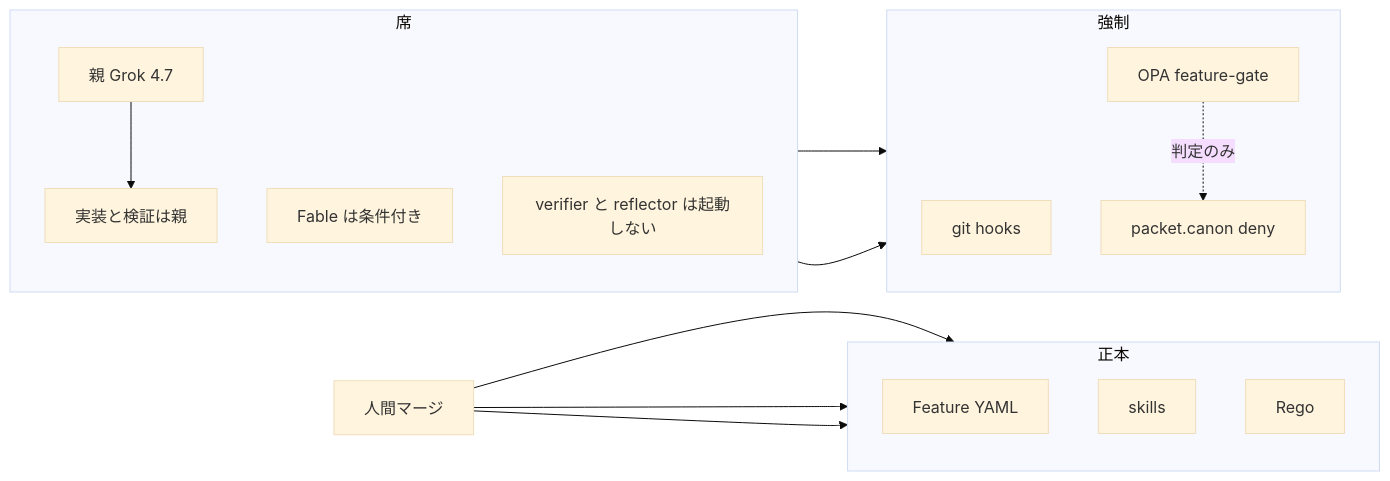
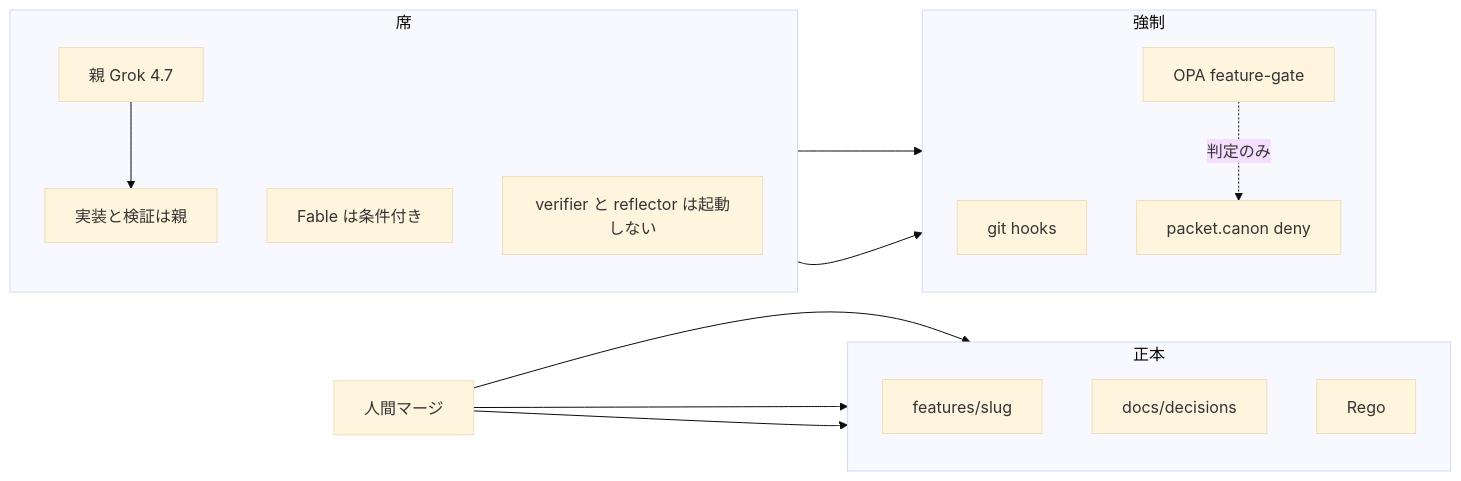
One commit to marumo333/marumo333-cursor-harness changed the third of 4 diagrams in README.md. Above: the diagram before and after it, drawn with Mermaid (base theme). The commit also changed other lines of this file and 5 other files, not shown here.

Commit message:
docs: README の図を次の cycle と docs に合わせる

````diff
--- a/README.md
+++ b/README.md
@@ -140,32 +142,32 @@
 ```mermaid
 flowchart LR
   subgraph seats["席"]
     direction TB
     G["親 Grok 4.7"]
     IMP["実装と検証は親"]
     BA["Fable は条件付き"]
     OFF["verifier と reflector は起動しない"]
   end
 
   subgraph force["強制"]
     direction TB
     Hook["git hooks"]
     Gate["OPA feature-gate"]
     Packet["packet.canon deny"]
   end
 
   subgraph canon["正本"]
     direction TB
-    Feat["Feature YAML"]
-    Skill["skills"]
+    Beh["features/slug"]
+    Docs["docs/decisions"]
     Policy["Rego"]
   end
 
   G --> IMP
   IMP --> Hook
   IMP --> Gate
   Gate -.->|"判定のみ"| Packet
-  HM["人間マージ"] --> Feat
-  HM --> Skill
+  HM["人間マージ"] --> Beh
+  HM --> Docs
   HM --> Policy
 ```
````
